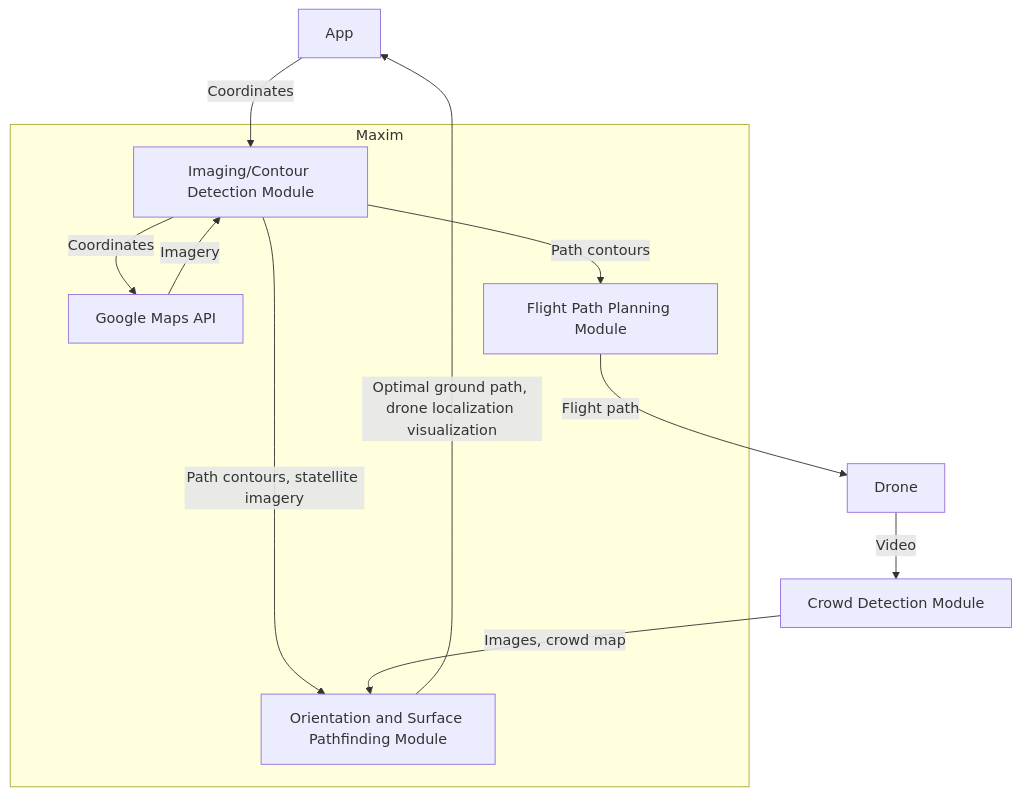
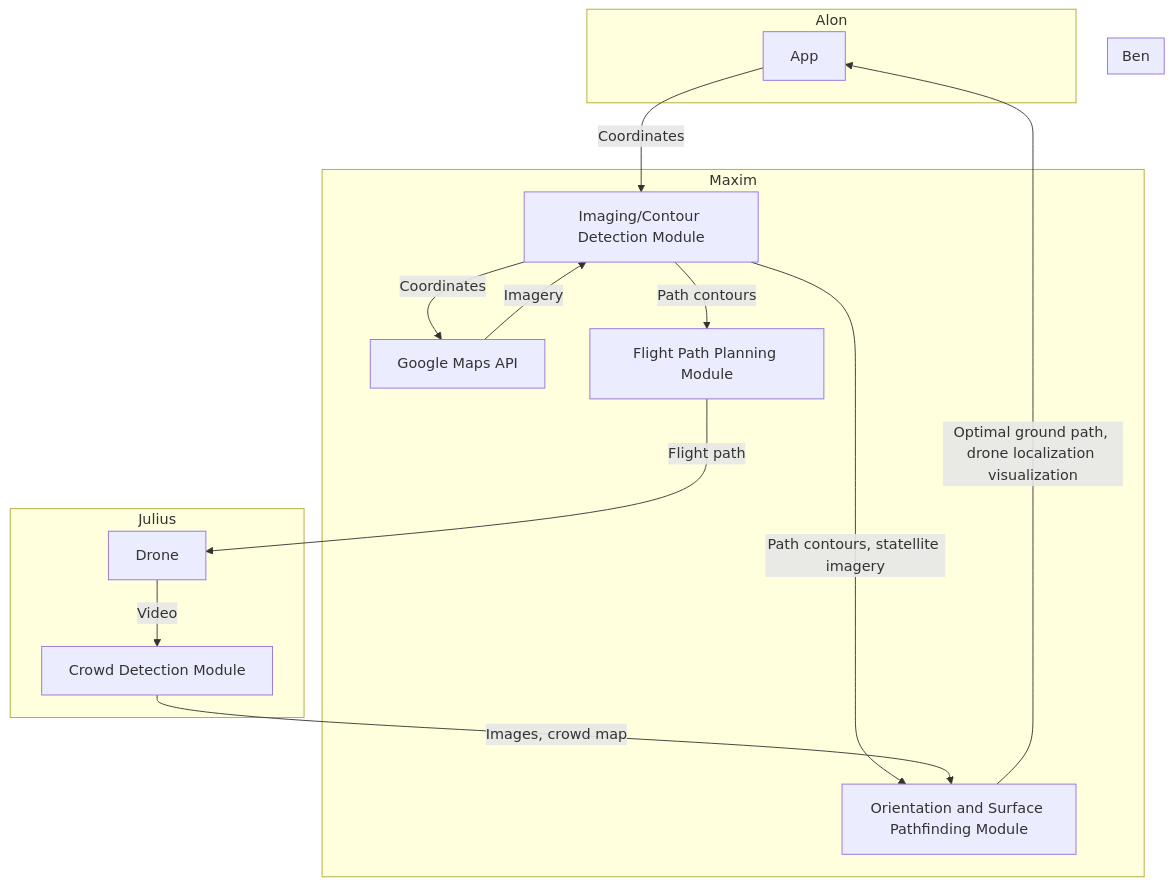
Before and after one commit to maximuskiii/TartanHacks2024: the diagram in README.md, drawn with Mermaid.

Commit message:
testing subgraphs

````diff
--- a/README.md
+++ b/README.md
@@ -3,14 +3,20 @@
 ```mermaid
 flowchart TB
     A[App] -->|Coordinates| B[Imaging/Contour Detection Module];
     subgraph Maxim
     B -->|Coordinates| C[Google Maps API];
     C -->|Imagery| B
     B -->|Path contours| D[Flight Path Planning Module]
     B -->|Path contours, statellite imagery| E[Orientation and Surface Pathfinding Module]
     end
+    subgraph Julius
     D -->|Flight path| F[Drone]
     F -->|Video| G[Crowd Detection Module]
+    end
+    subgraph Ben
     G -->|Images, crowd map| E
+    end
+    subgraph Alon
     E -->|Optimal ground path, drone localization visualization| A
+    end
 ```
````
